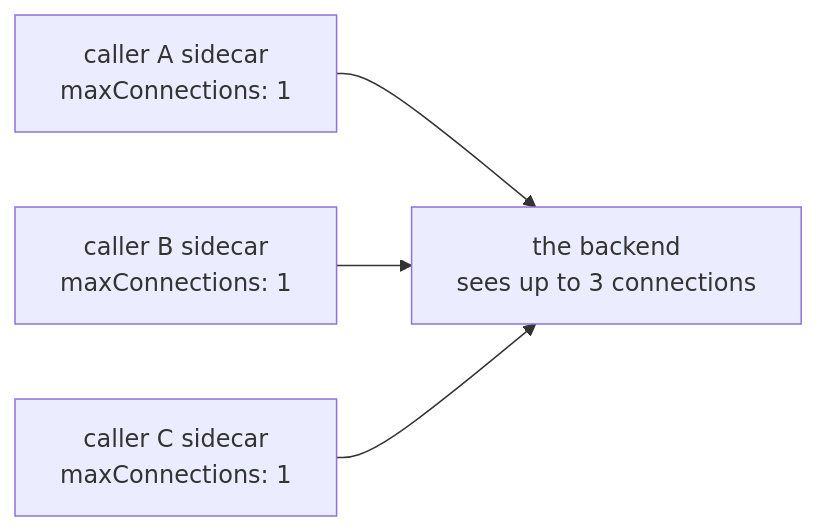
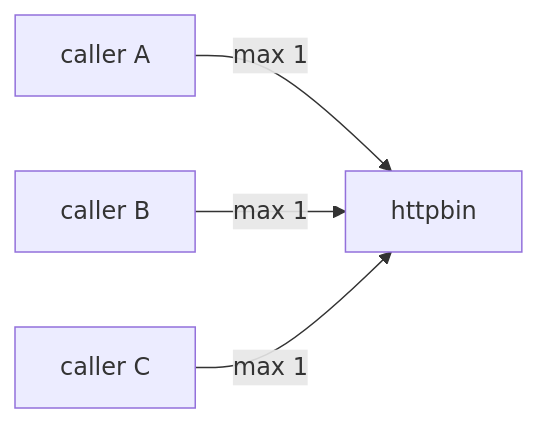
One commit to astrona-io/ATS014 changed the first of 2 diagrams in sections/section-040/module-02/course-03-scope-verification-and-retry-amplification.md. Above: the diagram before and after it, drawn with Mermaid. The commit also changed other lines of this file and 444 other files, not shown here.

````diff
--- a/sections/section-040/module-02/course-03-scope-verification-and-retry-amplification.md
+++ b/sections/section-040/module-02/course-03-scope-verification-and-retry-amplification.md
@@ -39,6 +39,6 @@
 ```mermaid
 flowchart LR
-    A["caller A sidecar<br/>maxConnections: 1"] --> B["the backend<br/>sees up to 3 connections"]
-    C["caller B sidecar<br/>maxConnections: 1"] --> B
-    D["caller C sidecar<br/>maxConnections: 1"] --> B
+    A["caller A"] -->|"max 1"| B["httpbin"]
+    C["caller B"] -->|"max 1"| B
+    D["caller C"] -->|"max 1"| B
 ```
````
